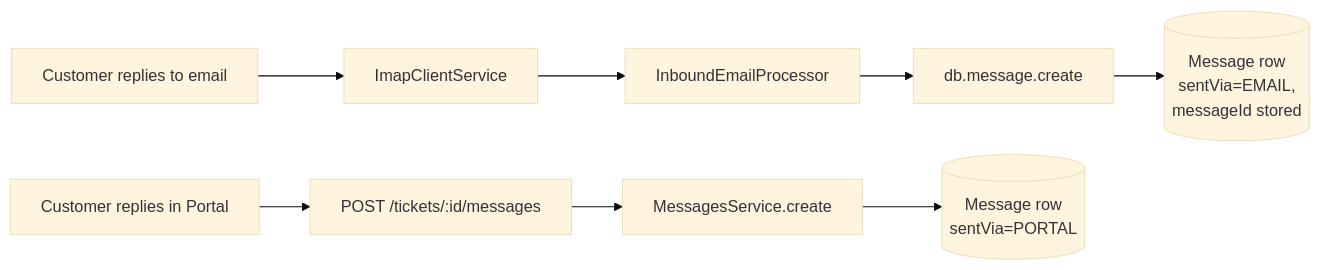
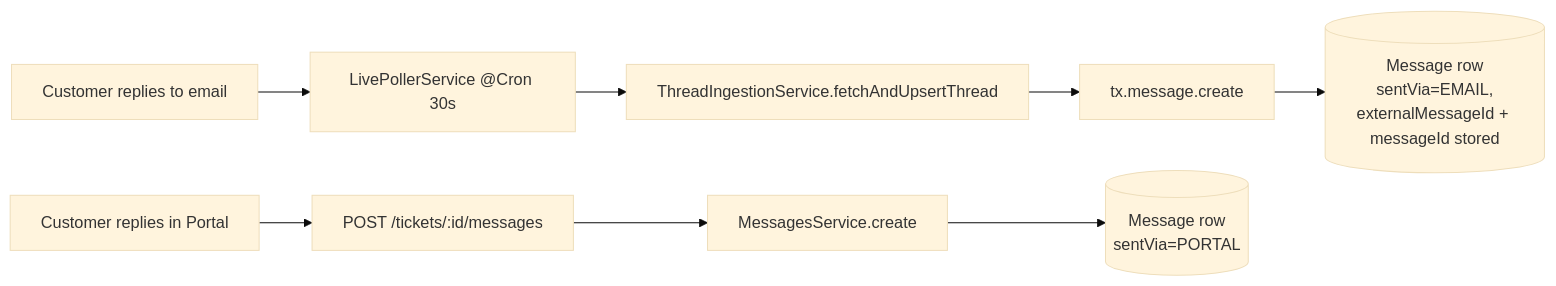
One commit to Vignesh-Siva96/tmr_athena changed the second of 2 diagrams in docs/atlas/messages.md. Above: the diagram before and after it, drawn with Mermaid (base theme). The commit also changed other lines of this file and 164 other files, not shown here.

````diff
--- a/docs/atlas/messages.md
+++ b/docs/atlas/messages.md
@@ -76,12 +81,12 @@
 ```mermaid
 flowchart LR
   CustomerPortal[Customer replies in Portal] --> POST[POST /tickets/:id/messages]
-  CustomerEmail[Customer replies to email] --> IMAP[ImapClientService]
-  IMAP --> Worker[InboundEmailProcessor]
+  CustomerEmail[Customer replies to email] --> Cron[LivePollerService @Cron 30s]
+  Cron --> Ingest[ThreadIngestionService.fetchAndUpsertThread]
 
   POST --> MS[MessagesService.create]
-  Worker --> Direct[db.message.create]
+  Ingest --> Direct[tx.message.create]
 
   MS --> Same[(Message row<br/>sentVia=PORTAL)]
-  Direct --> Same2[(Message row<br/>sentVia=EMAIL,<br/>messageId stored)]
+  Direct --> Same2[(Message row<br/>sentVia=EMAIL,<br/>externalMessageId + messageId stored)]
 ```
````
